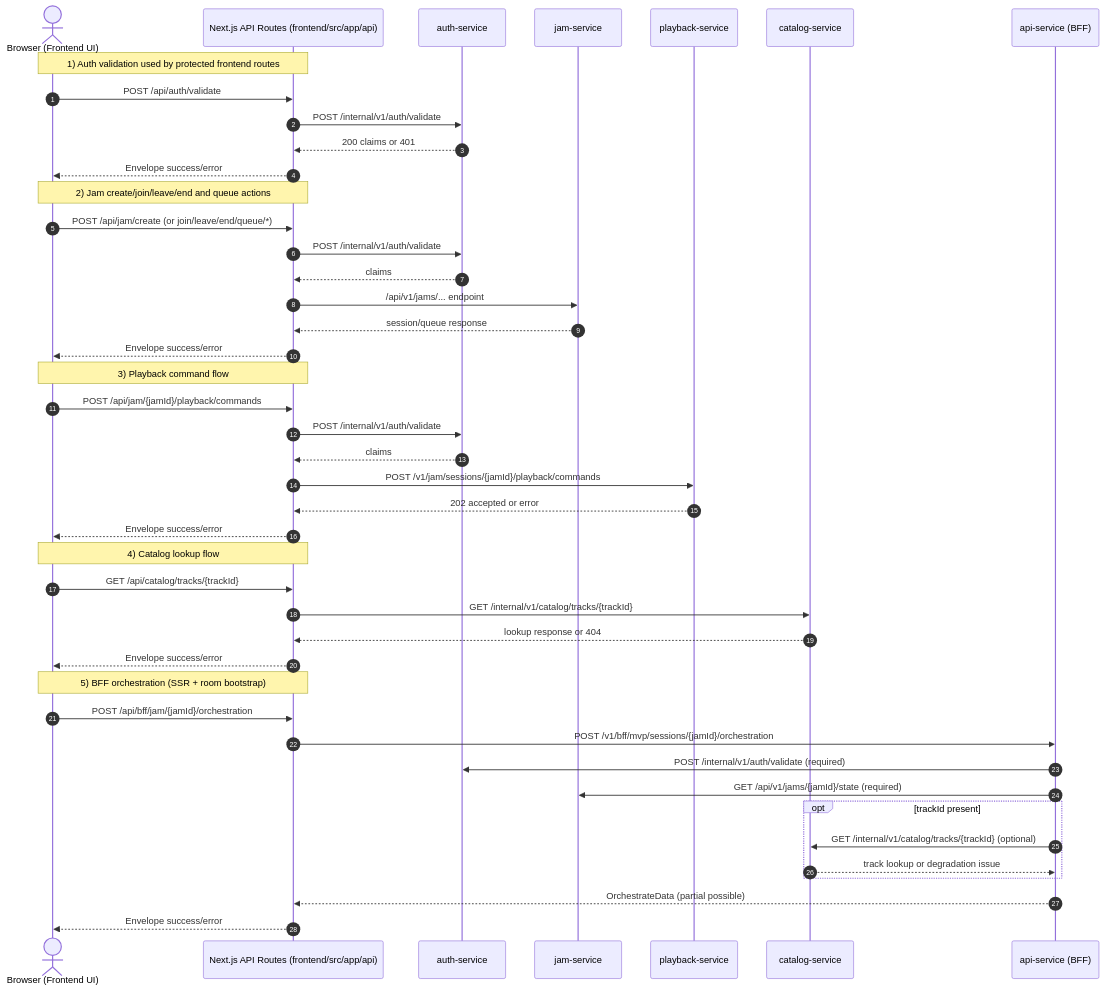
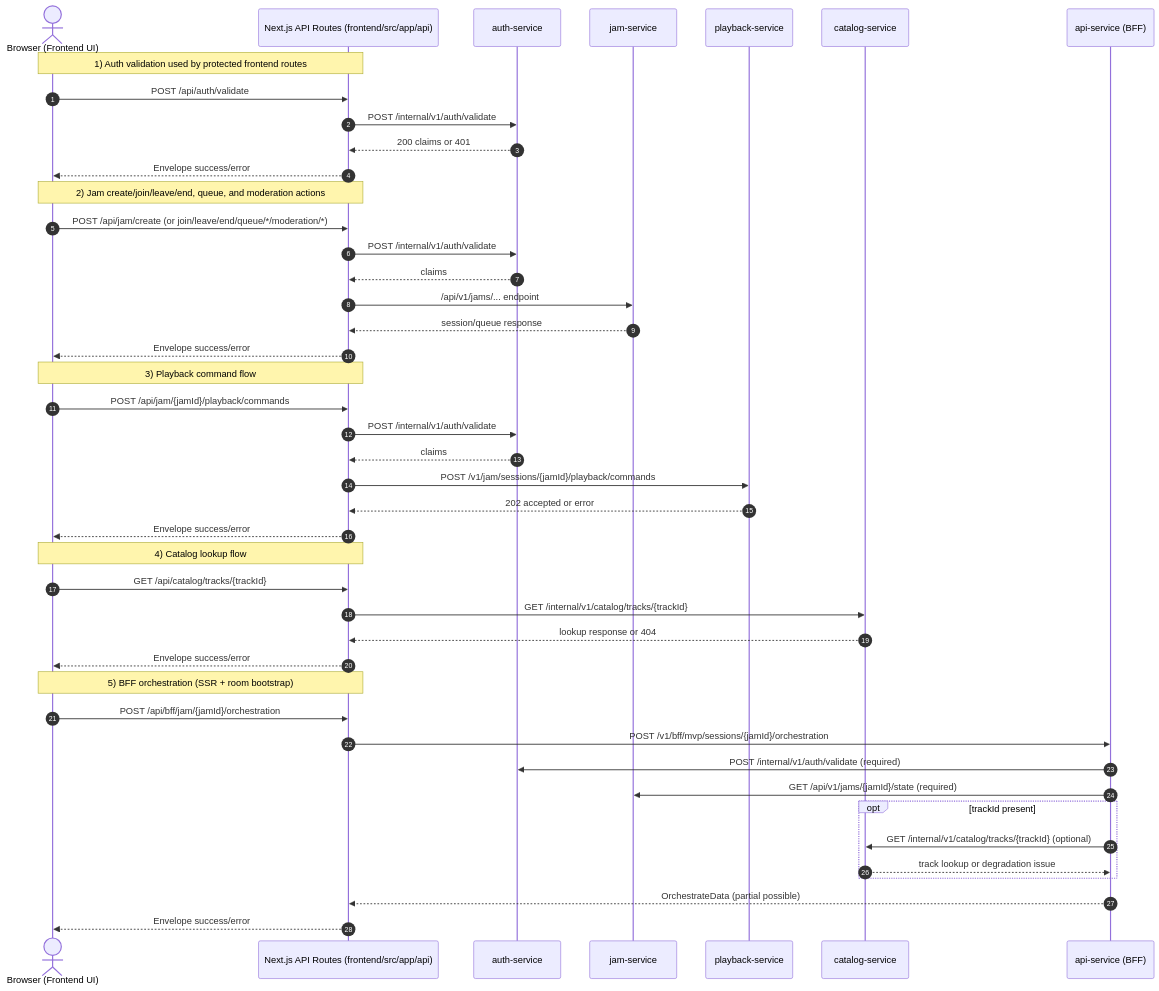
One commit to Hungfont/vibe-jams changed the first of 2 diagrams in docs/frontend-backend-sequence.md. Above: the diagram before and after it, drawn with Mermaid. The commit also changed other lines of this file and 44 other files, not shown here.

Commit message:
jam-moderation-controls

````diff
--- a/docs/frontend-backend-sequence.md
+++ b/docs/frontend-backend-sequence.md
@@ -112,51 +115,51 @@
 ```mermaid
 sequenceDiagram
     autonumber
     actor U as Browser (Frontend UI)
     participant N as Next.js API Routes (frontend/src/app/api)
     participant A as auth-service
     participant J as jam-service
     participant P as playback-service
     participant C as catalog-service
     participant B as api-service (BFF)
 
     Note over U,N: 1) Auth validation used by protected frontend routes
     U->>N: POST /api/auth/validate
     N->>A: POST /internal/v1/auth/validate
     A-->>N: 200 claims or 401
     N-->>U: Envelope success/error
 
-    Note over U,N: 2) Jam create/join/leave/end and queue actions
-    U->>N: POST /api/jam/create (or join/leave/end/queue/*)
+    Note over U,N: 2) Jam create/join/leave/end, queue, and moderation actions
+    U->>N: POST /api/jam/create (or join/leave/end/queue/*/moderation/*)
     N->>A: POST /internal/v1/auth/validate
     A-->>N: claims
     N->>J: /api/v1/jams/... endpoint
     J-->>N: session/queue response
     N-->>U: Envelope success/error
 
     Note over U,N: 3) Playback command flow
     U->>N: POST /api/jam/{jamId}/playback/commands
     N->>A: POST /internal/v1/auth/validate
     A-->>N: claims
     N->>P: POST /v1/jam/sessions/{jamId}/playback/commands
     P-->>N: 202 accepted or error
     N-->>U: Envelope success/error
 
     Note over U,N: 4) Catalog lookup flow
     U->>N: GET /api/catalog/tracks/{trackId}
     N->>C: GET /internal/v1/catalog/tracks/{trackId}
     C-->>N: lookup response or 404
     N-->>U: Envelope success/error
 
     Note over U,N: 5) BFF orchestration (SSR + room bootstrap)
     U->>N: POST /api/bff/jam/{jamId}/orchestration
     N->>B: POST /v1/bff/mvp/sessions/{jamId}/orchestration
     B->>A: POST /internal/v1/auth/validate (required)
     B->>J: GET /api/v1/jams/{jamId}/state (required)
     opt trackId present
         B->>C: GET /internal/v1/catalog/tracks/{trackId} (optional)
         C-->>B: track lookup or degradation issue
     end
     B-->>N: OrchestrateData (partial possible)
     N-->>U: Envelope success/error
 ```
````
